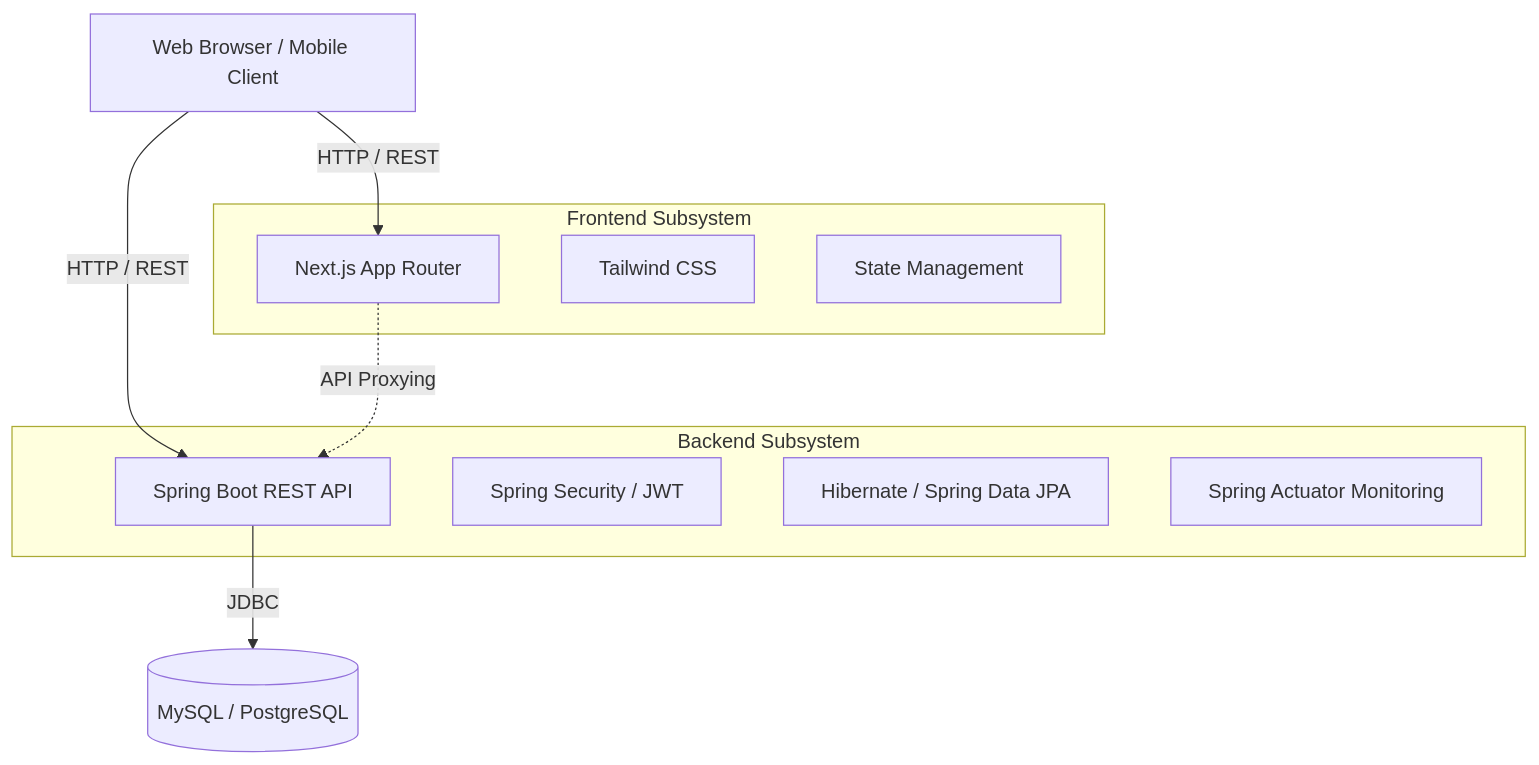
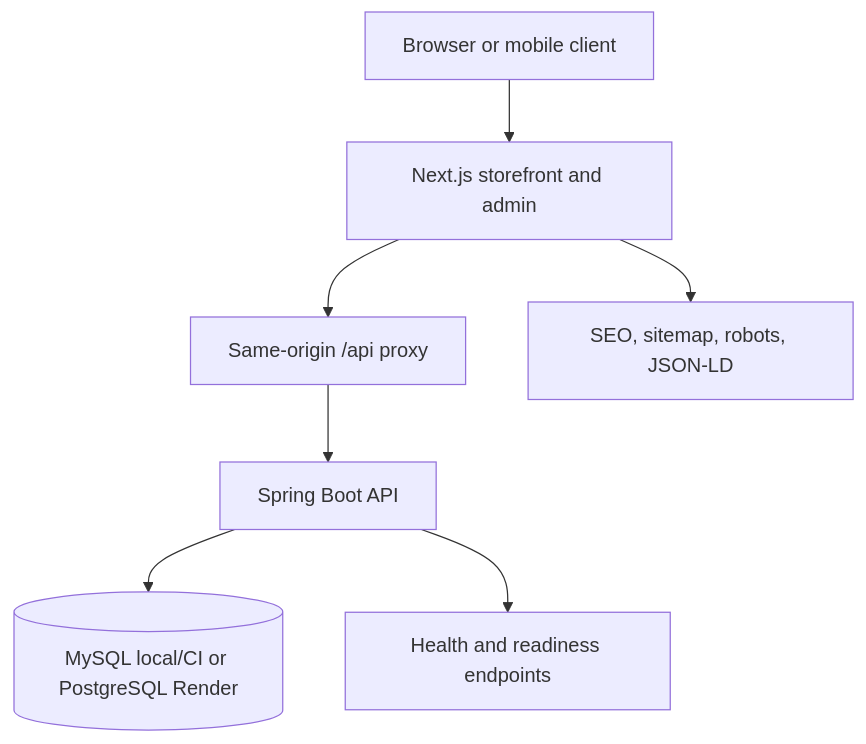
Before and after one commit to JasonTM17/Ecommerce_BookStore: the first of 2 diagrams in docs/architecture-and-cicd.md, drawn with Mermaid. The commit also changed other lines of this file and 12 other files, not shown here.

````diff
--- a/docs/architecture-and-cicd.md
+++ b/docs/architecture-and-cicd.md
@@ -18,21 +14,9 @@
 ```mermaid
 graph TD
-    Client[Web Browser / Mobile Client] -->|HTTP / REST| Frontend
-    Client -->|HTTP / REST| Backend
-
-    subgraph Frontend Subsystem
-        Frontend[Next.js App Router]
-        Tailwind[Tailwind CSS]
-        Zustand[State Management]
-    end
-
-    subgraph Backend Subsystem
-        Backend[Spring Boot REST API]
-        Security[Spring Security / JWT]
-        JPA[Hibernate / Spring Data JPA]
-        Actuator[Spring Actuator Monitoring]
-    end
-
-    Backend -->|JDBC| DB[(MySQL / PostgreSQL)]
-    Frontend -.->|API Proxying| Backend
+    Browser[Browser or mobile client] --> Frontend[Next.js storefront and admin]
+    Frontend --> Proxy[Same-origin /api proxy]
+    Proxy --> Backend[Spring Boot API]
+    Backend --> DB[(MySQL local/CI or PostgreSQL Render)]
+    Backend --> Health[Health and readiness endpoints]
+    Frontend --> SEO[SEO, sitemap, robots, JSON-LD]
 ```
````
